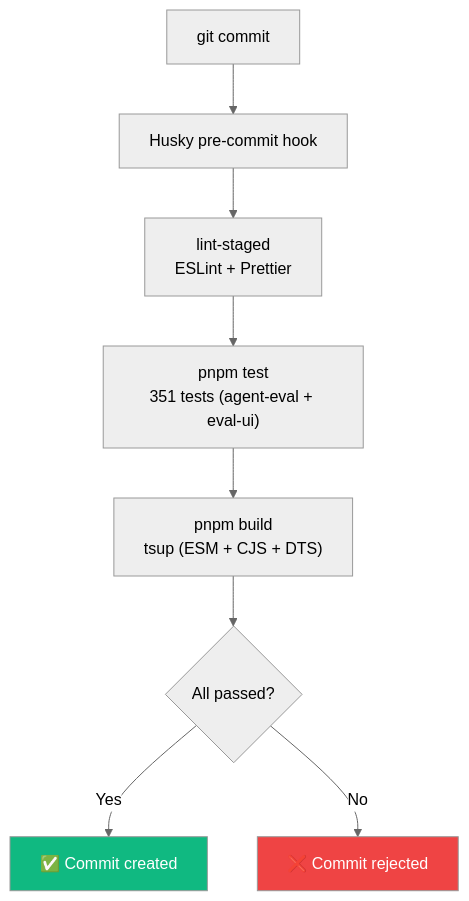
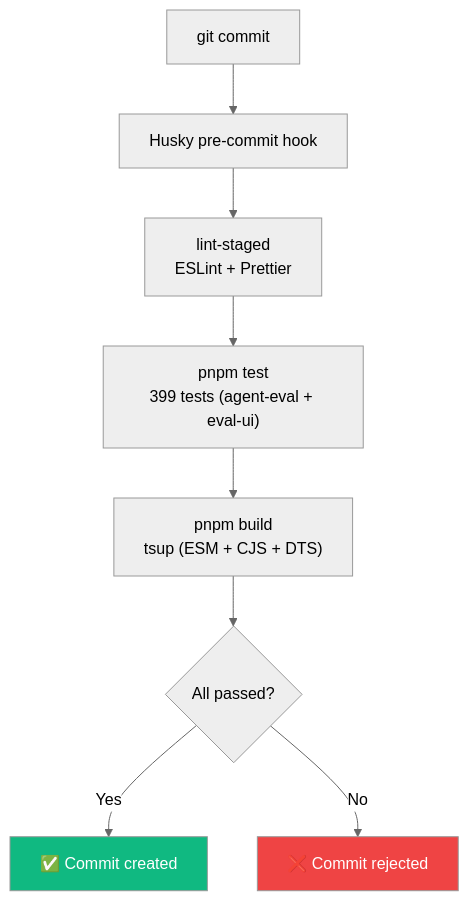
The diagram in apps/docs/guide/contributing.md (Tlahey/agent-eval), drawn with Mermaid (neutral theme) before and after one commit. The commit also changed other lines of this file and 3 other files, not shown here.

````diff
--- a/apps/docs/guide/contributing.md
+++ b/apps/docs/guide/contributing.md
@@ -16,13 +16,13 @@
 ```mermaid
 flowchart TD
     A["git commit"] --> B["Husky pre-commit hook"]
     B --> C["lint-staged<br/>ESLint + Prettier"]
-    C --> D["pnpm test<br/>351 tests (agent-eval + eval-ui)"]
+    C --> D["pnpm test<br/>399 tests (agent-eval + eval-ui)"]
     D --> E["pnpm build<br/>tsup (ESM + CJS + DTS)"]
     E --> F{"All passed?"}
     F -- Yes --> G["✅ Commit created"]
     F -- No --> H["❌ Commit rejected"]
 
     style G fill:#10b981,color:#fff
     style H fill:#ef4444,color:#fff
 ```
````
